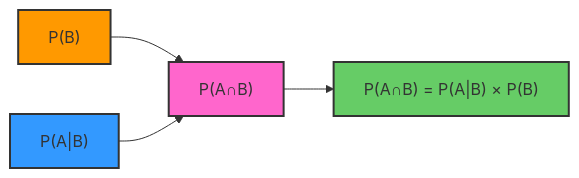
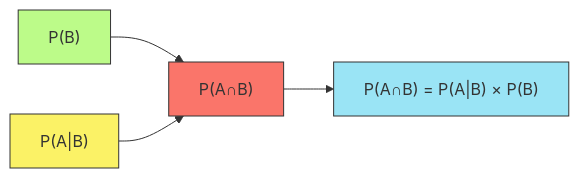
One commit to Chaklader/part-of-speech-tagging changed the fourth of 23 diagrams in C_2.md. Above: the diagram before and after it, drawn with Mermaid. The commit also changed other lines of this file, not shown here.

````diff
--- a/C_2.md
+++ b/C_2.md
@@ -224,10 +234,10 @@
 ```mermaid
 graph LR
     A["P(B)"] --> C["P(A∩B)"]
     B["P(A|B)"] --> C
     C --> D["P(A∩B) = P(A|B) × P(B)"]
-    style A fill:#ff9900,stroke:#333,stroke-width:2px
-    style B fill:#3399ff,stroke:#333,stroke-width:2px
-    style C fill:#ff66cc,stroke:#333,stroke-width:2px
-    style D fill:#66cc66,stroke:#333,stroke-width:2px
+style A fill:#BCFB89,stroke:#333,stroke-width:1px
+  style B fill:#FBF266,stroke:#333,stroke-width:1px
+  style C fill:#FA756A,stroke:#333,stroke-width:1px
+  style D fill:#9AE4F5,stroke:#333,stroke-width:1px
 ```
````
